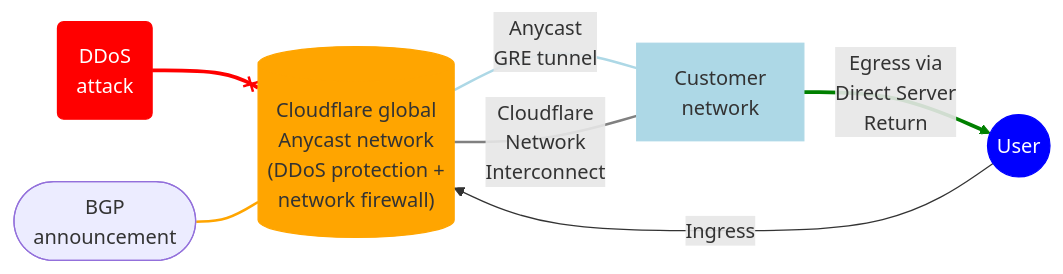
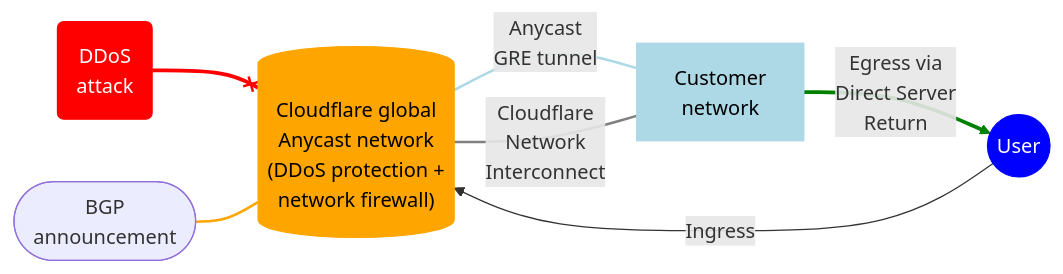
Before and after one commit to rdhanarot/cloudflare-docs: the diagram in content/magic-transit/about.md, drawn with Mermaid. The commit also changed 1 other file, not shown here.

Commit message:
[MWAN / MT] Mermaid color patch (#13260)
* refined mermaid color about

* refined color mermaid

````diff
--- a/content/magic-transit/about.md
+++ b/content/magic-transit/about.md
@@ -21,28 +21,28 @@
 ```mermaid
 flowchart LR
 accTitle: Magic Transit
 accDescr: Diagram showing how Magic Transit protects traffic on the customer's network.
 
 A(DDoS <br> attack)
 B[("Cloudflare global <br> Anycast network <br> (DDoS protection + <br> network firewall)")]
 C[Customer <br> network]
 D((User))
 E([BGP <br> announcement])
 
 A --x B
 E --- B
 B-- Anycast <br> GRE tunnel ---C
 B-- Cloudflare <br> Network <br> Interconnect ---C
 C-- Egress via <br> Direct Server <br> Return --> D
 D -- Ingress --> B
 
 style A stroke: red,fill: red,color: white
-style B stroke: orange,fill: orange
-style C stroke: #ADD8E6,fill: #ADD8E6
+style B stroke: orange,fill: orange,color: black
+style C stroke: #ADD8E6,fill: #ADD8E6,color: black
 style D stroke: blue,fill: blue,color: white
 linkStyle 0 stroke-width:3px,stroke:red
 linkStyle 1 stroke-width:2px,stroke:orange
 linkStyle 2 stroke-width:2px,stroke:#ADD8E6
 linkStyle 3 stroke-width:2px,stroke:gray
 linkStyle 4 stroke-width:3px,stroke:green
 ```
````
